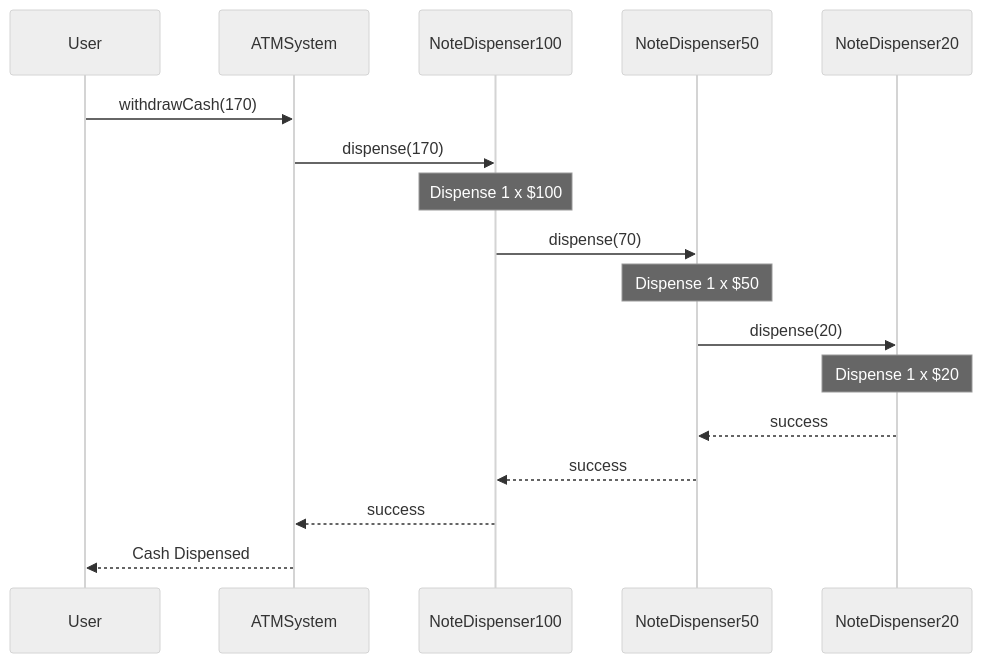
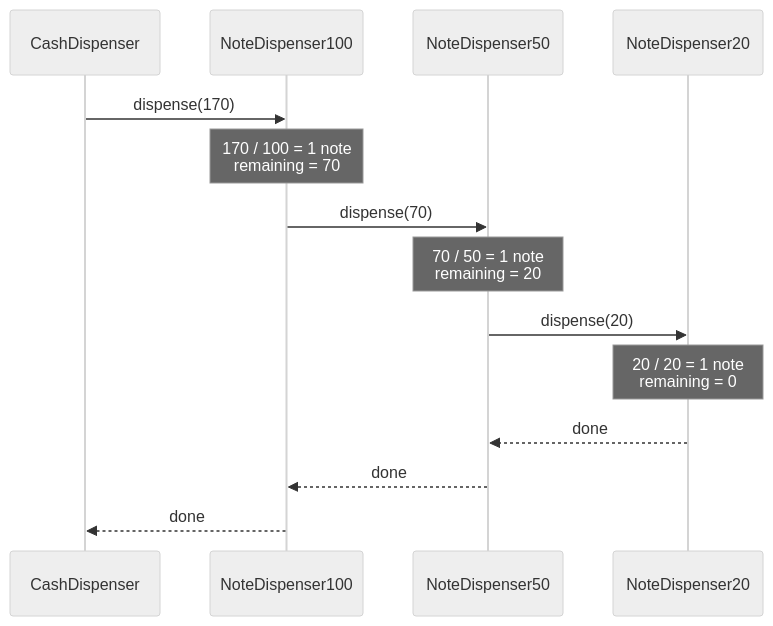
Before and after one commit to bhargavtenali/awesome-low-level-design: the fourth of 5 diagrams in solutions/java/src/atm/atm-lld-interview-prep.md, drawn with Mermaid (neutral theme). The commit also changed other lines of this file, not shown here.

````diff
--- a/solutions/java/src/atm/atm-lld-interview-prep.md
+++ b/solutions/java/src/atm/atm-lld-interview-prep.md
@@ -72,23 +279,17 @@
 ```mermaid
 sequenceDiagram
-    participant User
-    participant ATMSystem
+    participant Cash as CashDispenser
     participant H100 as NoteDispenser100
     participant H50 as NoteDispenser50
     participant H20 as NoteDispenser20
 
-    User->>ATMSystem: withdrawCash(170)
-    ATMSystem->>H100: dispense(170)
-    
-    Note over H100: Dispense 1 x $100
+    Cash->>H100: dispense(170)
+    Note over H100: 170 / 100 = 1 note<br/>remaining = 70
     H100->>H50: dispense(70)
-    
-    Note over H50: Dispense 1 x $50
+    Note over H50: 70 / 50 = 1 note<br/>remaining = 20
     H50->>H20: dispense(20)
-    
-    Note over H20: Dispense 1 x $20
-    H20-->>H50: success
-    H50-->>H100: success
-    H100-->>ATMSystem: success
-    ATMSystem-->>User: Cash Dispensed
+    Note over H20: 20 / 20 = 1 note<br/>remaining = 0
+    H20-->>H50: done
+    H50-->>H100: done
+    H100-->>Cash: done
 ```
````
